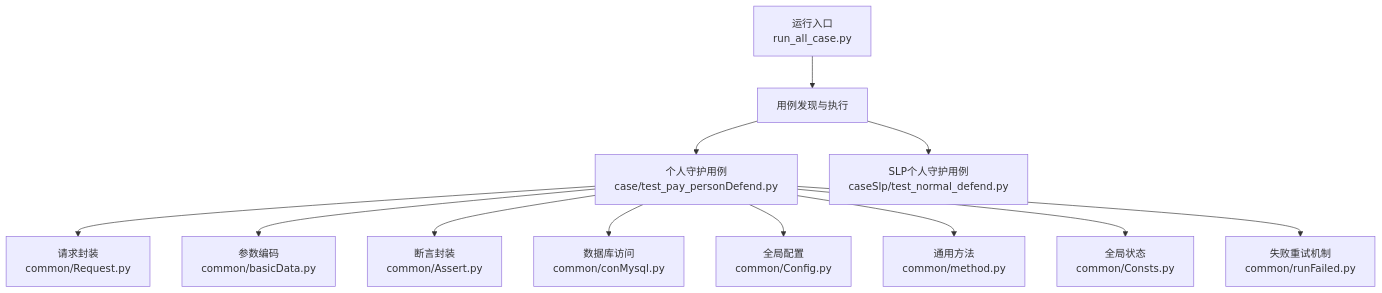
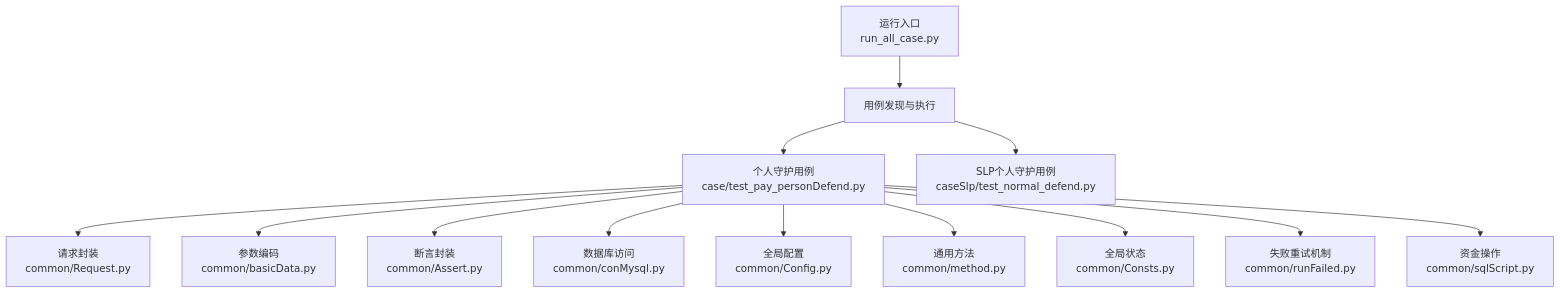
The first of 7 diagrams in .qoder/repowiki/zh/content/支付测试用例/房间支付测试/个人守护支付测试.md (liximing1-ola/qa-payTest), drawn with Mermaid before and after one commit. The commit also changed other lines of this file and 3 other files, not shown here.

````diff
--- a/.qoder/repowiki/zh/content/支付测试用例/房间支付测试/个人守护支付测试.md
+++ b/.qoder/repowiki/zh/content/支付测试用例/房间支付测试/个人守护支付测试.md
@@ -52,14 +54,15 @@
 ```mermaid
 graph TB
 A["运行入口<br/>run_all_case.py"] --> B["用例发现与执行"]
 B --> C["个人守护用例<br/>case/test_pay_personDefend.py"]
 B --> D["SLP个人守护用例<br/>caseSlp/test_normal_defend.py"]
 C --> E["请求封装<br/>common/Request.py"]
 C --> F["参数编码<br/>common/basicData.py"]
 C --> G["断言封装<br/>common/Assert.py"]
 C --> H["数据库访问<br/>common/conMysql.py"]
 C --> I["全局配置<br/>common/Config.py"]
 C --> J["通用方法<br/>common/method.py"]
 C --> K["全局状态<br/>common/Consts.py"]
 C --> L["失败重试机制<br/>common/runFailed.py"]
+C --> M["资金操作<br/>common/sqlScript.py"]
 ```
````
